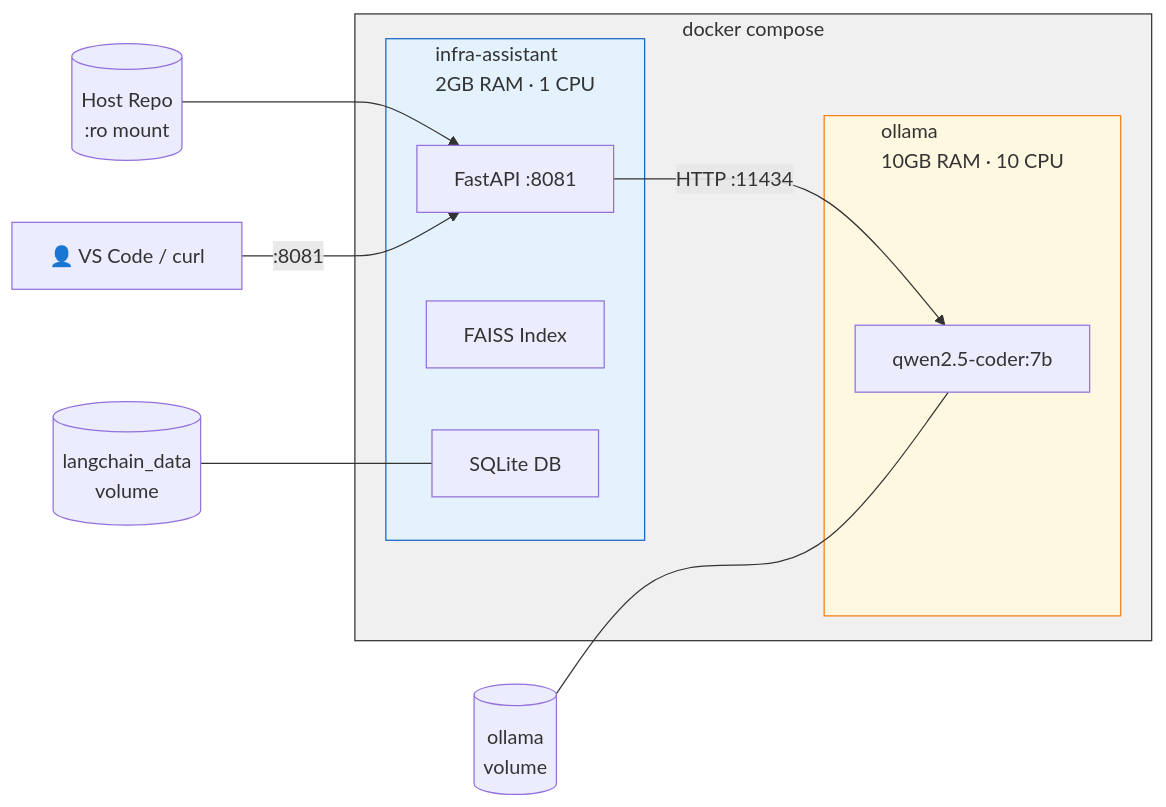
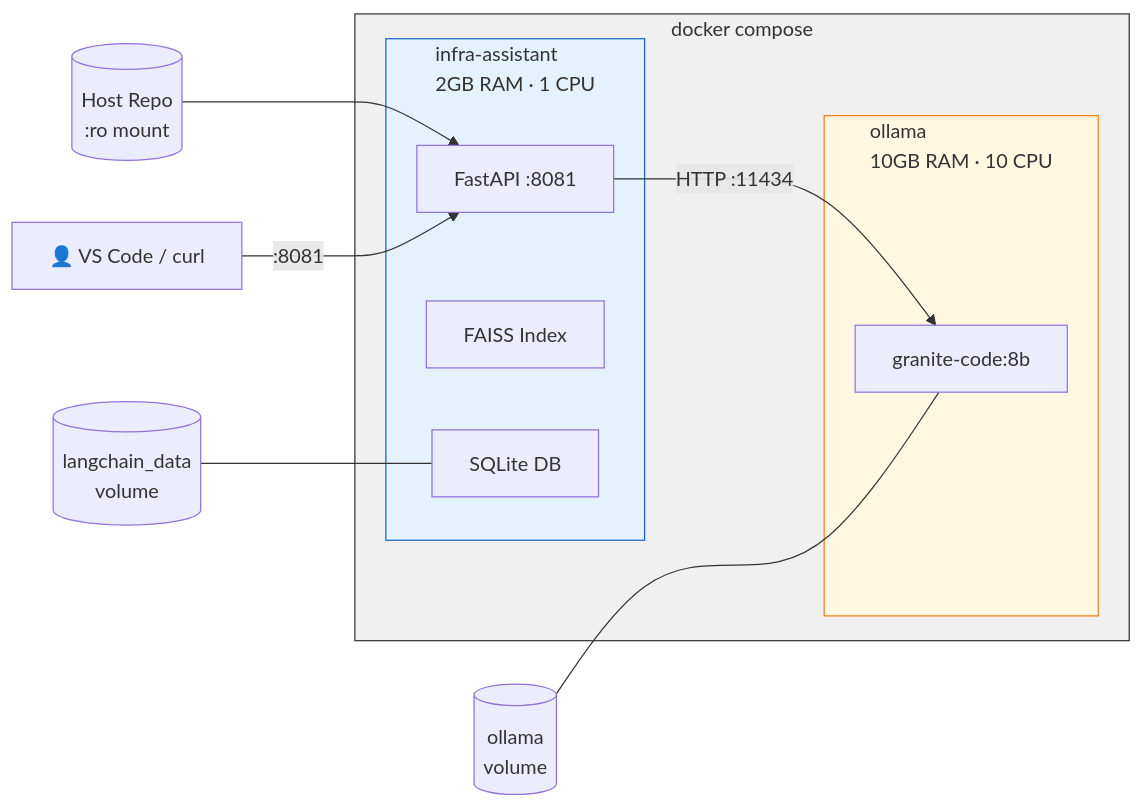
Before and after one commit to emilpeychev/MCP-server: the third of 4 diagrams in README.md, drawn with Mermaid. The commit also changed other lines of this file and 10 other files, not shown here.

Commit message:
Add model guardrails and switch defaults to granite-code:8b

````diff
--- a/README.md
+++ b/README.md
@@ -330,25 +330,25 @@
 ```mermaid
 flowchart LR
     subgraph compose["docker compose"]
         subgraph assistant["infra-assistant\n2GB RAM · 1 CPU"]
             FastAPI["FastAPI :8081"]
             FAISS2["FAISS Index"]
             SQLite2["SQLite DB"]
         end
 
         subgraph ollama["ollama\n10GB RAM · 10 CPU"]
-            LLM["qwen2.5-coder:7b"]
+            LLM["granite-code:8b"]
         end
 
         FastAPI -->|"HTTP :11434"| LLM
     end
 
     Repo2[("Host Repo\n:ro mount")] --> FastAPI
     Vol1[("langchain_data\nvolume")] --- SQLite2
     Vol2[("ollama\nvolume")] --- LLM
     User["👤 VS Code / curl"] -->|":8081"| FastAPI
 
     style compose fill:#f0f0f0,stroke:#333
     style assistant fill:#E3F2FD,stroke:#1565C0
     style ollama fill:#FFF8E1,stroke:#F57F17
 ```
````
